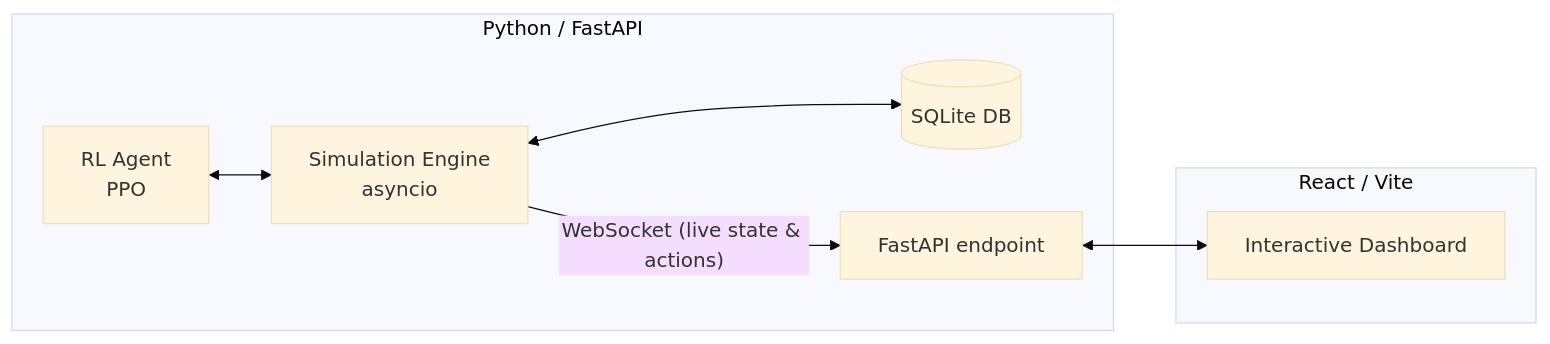
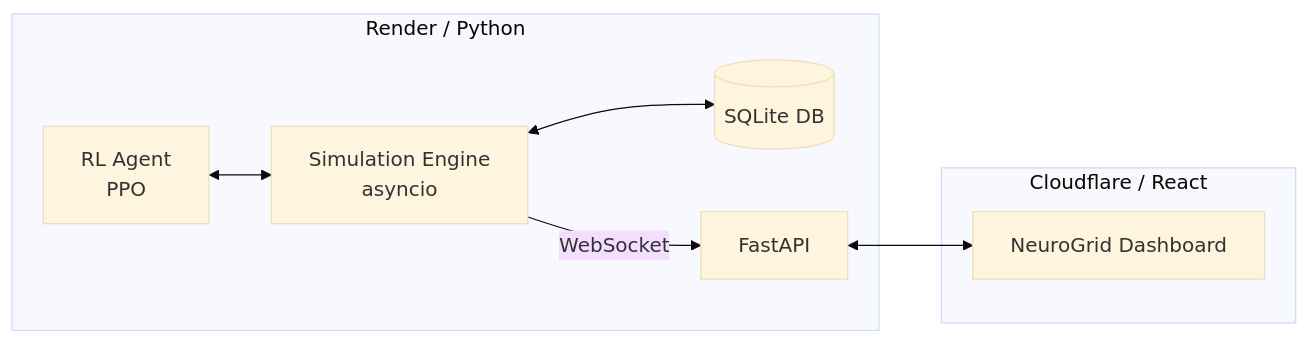
The diagram in README.md (VivekKulkarnii/NeuroGrid), drawn with Mermaid (base theme) before and after one commit. The commit also changed other lines of this file and 1 other file, not shown here.

````diff
--- a/README.md
+++ b/README.md
@@ -10,12 +10,12 @@
 ```mermaid
 flowchart LR
-    subgraph Backend [Python / FastAPI]
+    subgraph Cloud_Backend [Render / Python]
         Sim[Simulation Engine\nasyncio] <--> DB[(SQLite DB)]
         RL[RL Agent\nPPO] <--> Sim
-        Sim -- "WebSocket (live state & actions)" --> API[FastAPI endpoint]
+        Sim -- "WebSocket" --> API[FastAPI]
     end
 
-    subgraph Frontend [React / Vite]
-        API <--> Dash[Interactive Dashboard]
+    subgraph Cloud_Frontend [Cloudflare / React]
+        API <--> Dash[NeuroGrid Dashboard]
     end
 ```
````
